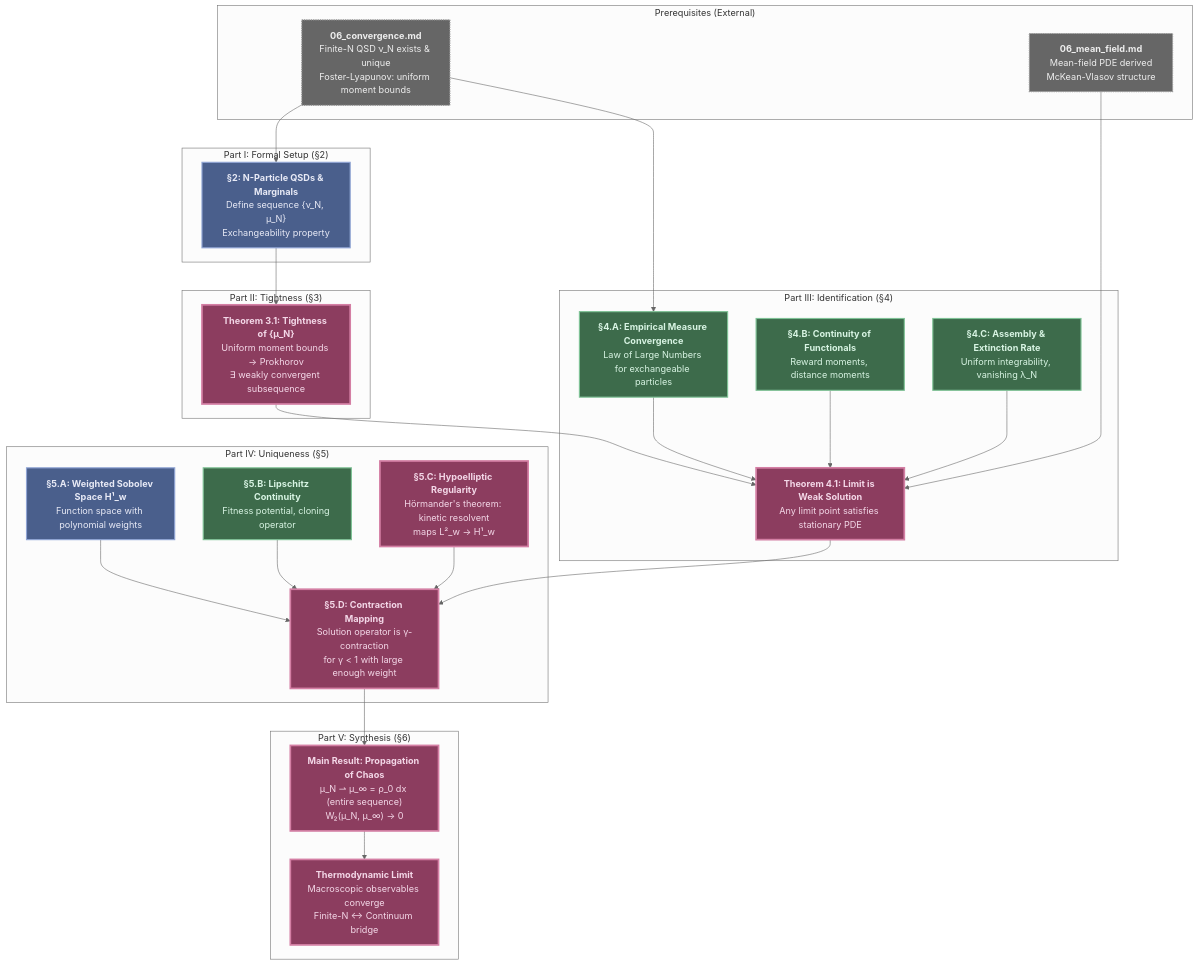
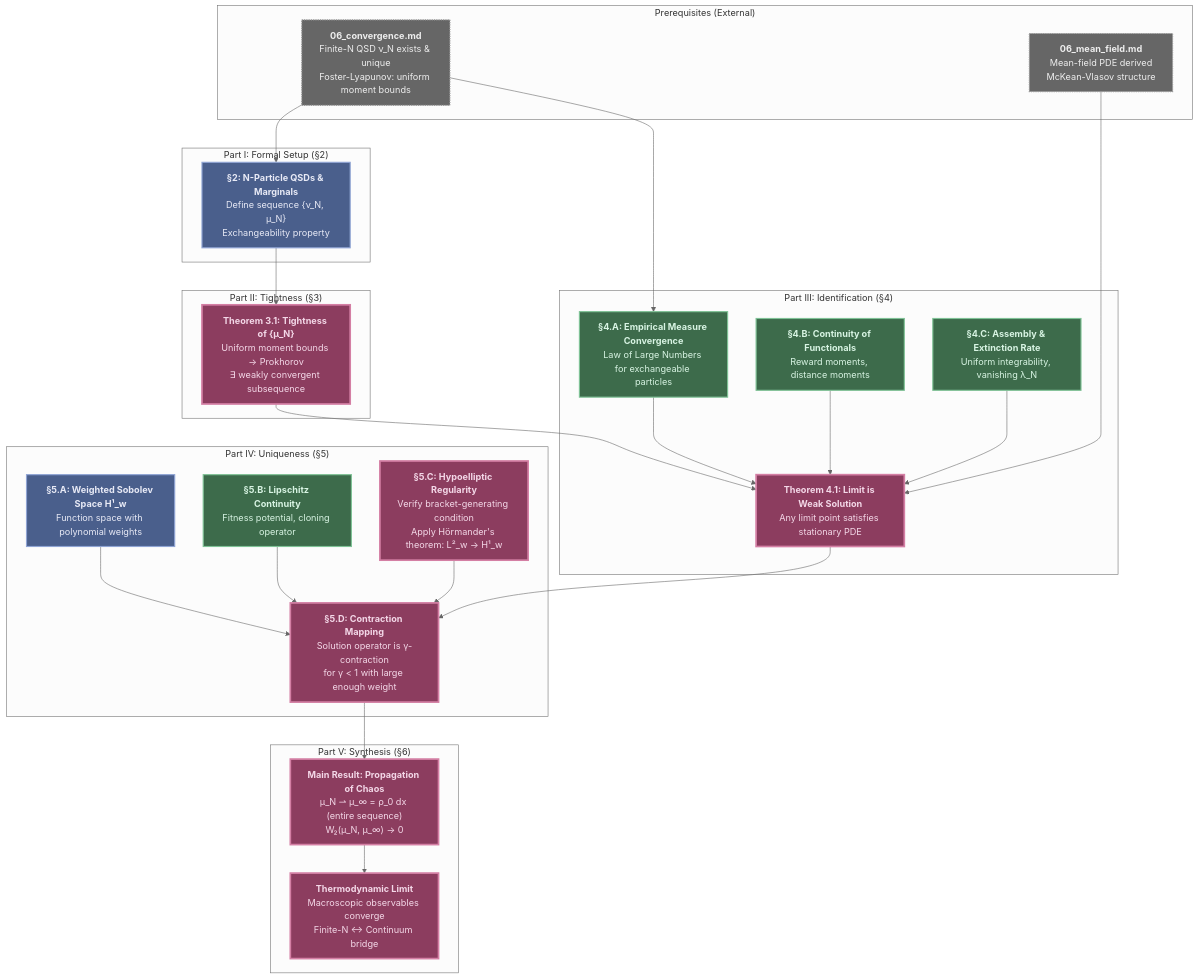
One commit to FragileTech/fragile changed the diagram in algorithm/08_propagation_chaos.md. Above: the diagram before and after it, drawn with Mermaid (neutral theme). The commit also changed other lines of this file and 16 other files, not shown here.

````diff
--- a/algorithm/08_propagation_chaos.md
+++ b/algorithm/08_propagation_chaos.md
@@ -46,57 +48,57 @@
 ```mermaid
 graph TD
     subgraph "Prerequisites (External)"
         A["<b>06_convergence.md</b><br>Finite-N QSD ν_N exists & unique<br>Foster-Lyapunov: uniform moment bounds"]:::externalStyle
         B["<b>06_mean_field.md</b><br>Mean-field PDE derived<br>McKean-Vlasov structure"]:::externalStyle
     end
 
     subgraph "Part I: Formal Setup (§2)"
         B2["<b>§2: N-Particle QSDs & Marginals</b><br>Define sequence {ν_N, μ_N}<br>Exchangeability property"]:::stateStyle
     end
 
     subgraph "Part II: Tightness (§3)"
         C["<b>Theorem 3.1: Tightness of {μ_N}</b><br>Uniform moment bounds → Prokhorov<br>∃ weakly convergent subsequence"]:::theoremStyle
     end
 
     subgraph "Part III: Identification (§4)"
         D["<b>§4.A: Empirical Measure Convergence</b><br>Law of Large Numbers for exchangeable particles"]:::lemmaStyle
         E["<b>§4.B: Continuity of Functionals</b><br>Reward moments, distance moments"]:::lemmaStyle
         F["<b>§4.C: Assembly & Extinction Rate</b><br>Uniform integrability, vanishing λ_N"]:::lemmaStyle
         G["<b>Theorem 4.1: Limit is Weak Solution</b><br>Any limit point satisfies stationary PDE"]:::theoremStyle
 
         D --> G
         E --> G
         F --> G
     end
 
     subgraph "Part IV: Uniqueness (§5)"
         H["<b>§5.A: Weighted Sobolev Space H¹_w</b><br>Function space with polynomial weights"]:::stateStyle
         I["<b>§5.B: Lipschitz Continuity</b><br>Fitness potential, cloning operator"]:::lemmaStyle
-        J["<b>§5.C: Hypoelliptic Regularity</b><br>Hörmander's theorem: kinetic resolvent<br>maps L²_w → H¹_w"]:::theoremStyle
+        J["<b>§5.C: Hypoelliptic Regularity</b><br>Verify bracket-generating condition<br>Apply Hörmander's theorem: L²_w → H¹_w"]:::theoremStyle
         K["<b>§5.D: Contraction Mapping</b><br>Solution operator is γ-contraction<br>for γ < 1 with large enough weight"]:::theoremStyle
 
         H --> K
         I --> K
         J --> K
     end
 
     subgraph "Part V: Synthesis (§6)"
         L["<b>Main Result: Propagation of Chaos</b><br>μ_N ⇀ μ_∞ = ρ_0 dx (entire sequence)<br>W₂(μ_N, μ_∞) → 0"]:::theoremStyle
         M["<b>Thermodynamic Limit</b><br>Macroscopic observables converge<br>Finite-N ↔ Continuum bridge"]:::theoremStyle
     end
 
     A --> B2
     B2 --> C
     A --> D
     B --> G
     C --> G
     G --> K
     K --> L
     L --> M
 
     classDef stateStyle fill:#4a5f8c,stroke:#8fa4d4,stroke-width:2px,color:#e8eaf6
     classDef axiomStyle fill:#8c6239,stroke:#d4a574,stroke-width:2px,stroke-dasharray: 5 5,color:#f4e8d8
     classDef lemmaStyle fill:#3d6b4b,stroke:#7fc296,stroke-width:2px,color:#d8f4e3
     classDef theoremStyle fill:#8c3d5f,stroke:#d47fa4,stroke-width:3px,color:#f4d8e8
     classDef externalStyle fill:#666,stroke:#999,stroke-width:2px,color:#eee,stroke-dasharray: 2 2
 ```
````
